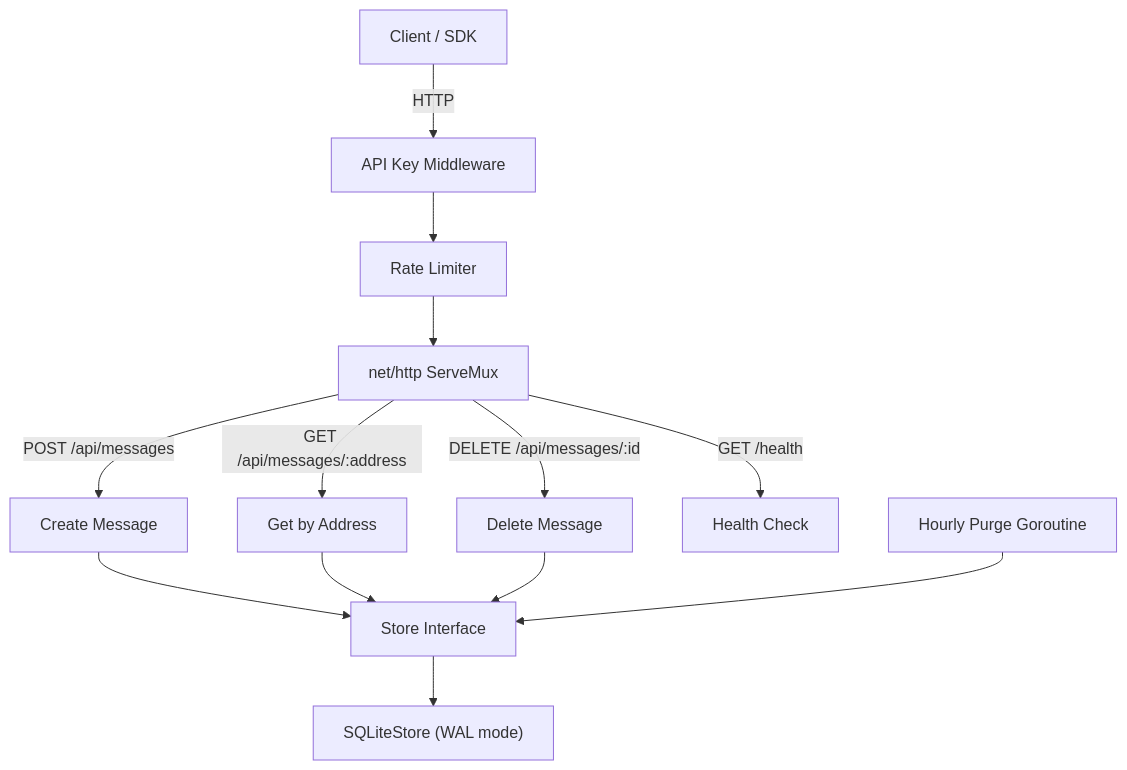
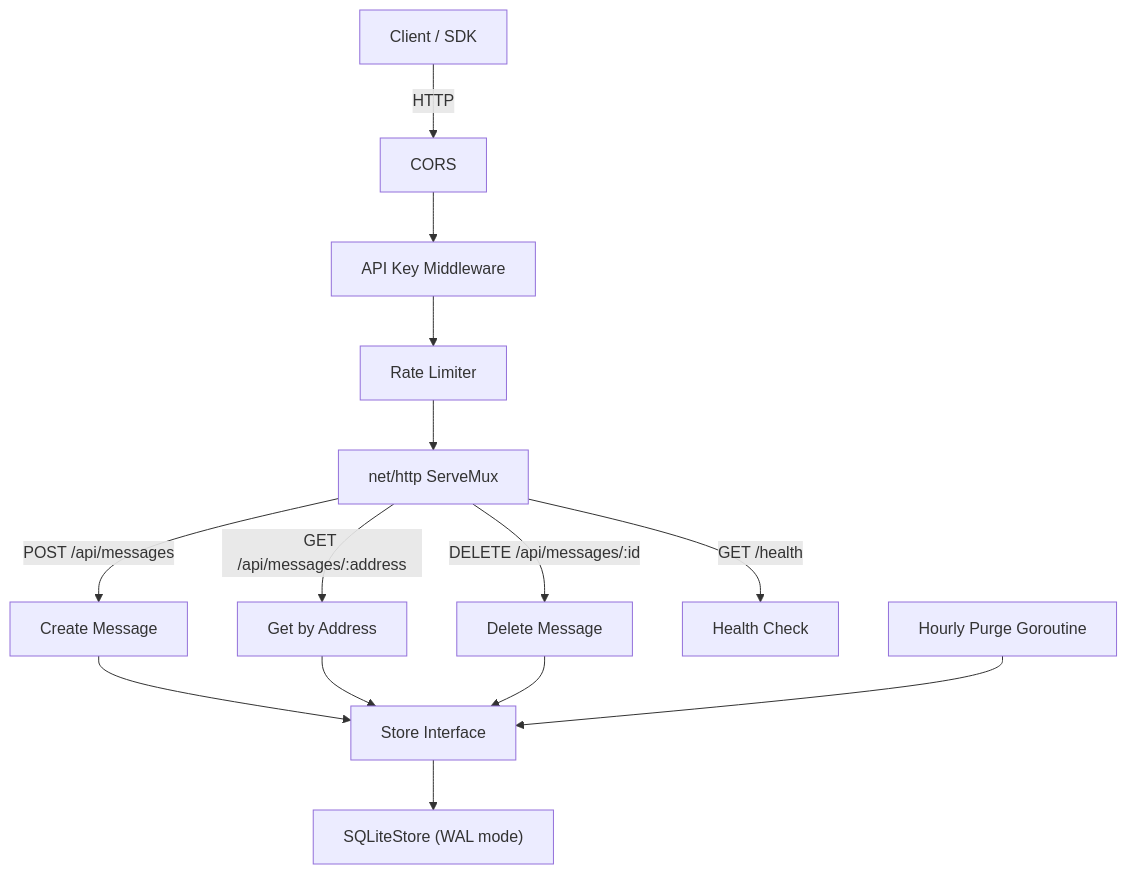
The diagram in README.md (AOSSIE-Org/ThruBox-Server), drawn with Mermaid before and after one commit. The commit also changed 9 other files, not shown here.

````diff
--- a/README.md
+++ b/README.md
@@ -93,13 +93,14 @@
 ```mermaid
 graph TD
-    Client["Client / SDK"] -->|HTTP| MW1["API Key Middleware"]
+    Client["Client / SDK"] -->|HTTP| MW0["CORS"]
+    MW0 --> MW1["API Key Middleware"]
     MW1 --> MW2["Rate Limiter"]
     MW2 --> Mux["net/http ServeMux"]
     Mux -->|"POST /api/messages"| H1["Create Message"]
     Mux -->|"GET /api/messages/:address"| H2["Get by Address"]
     Mux -->|"DELETE /api/messages/:id"| H3["Delete Message"]
     Mux -->|"GET /health"| H4["Health Check"]
     H1 & H2 & H3 --> Store["Store Interface"]
     Store --> SQLite["SQLiteStore (WAL mode)"]
     BG["Hourly Purge Goroutine"] --> Store
 ```
````
